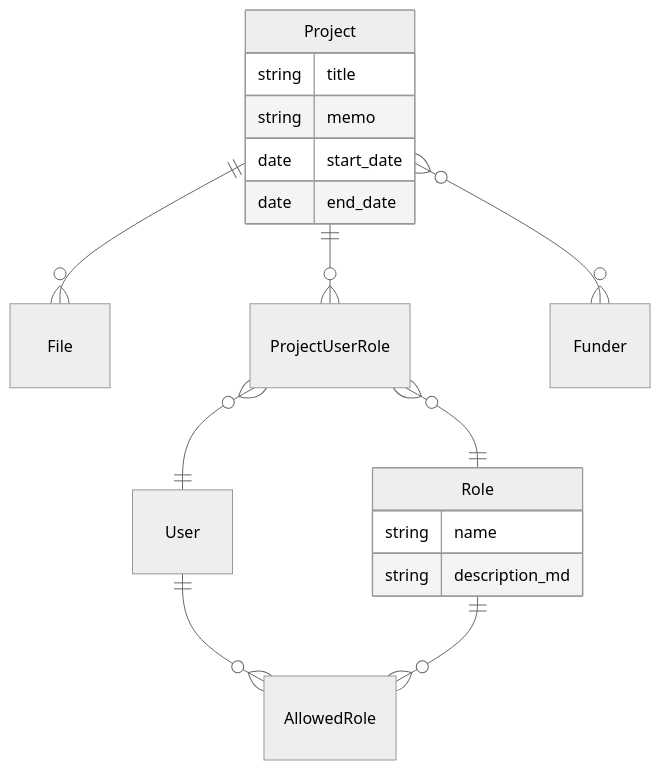
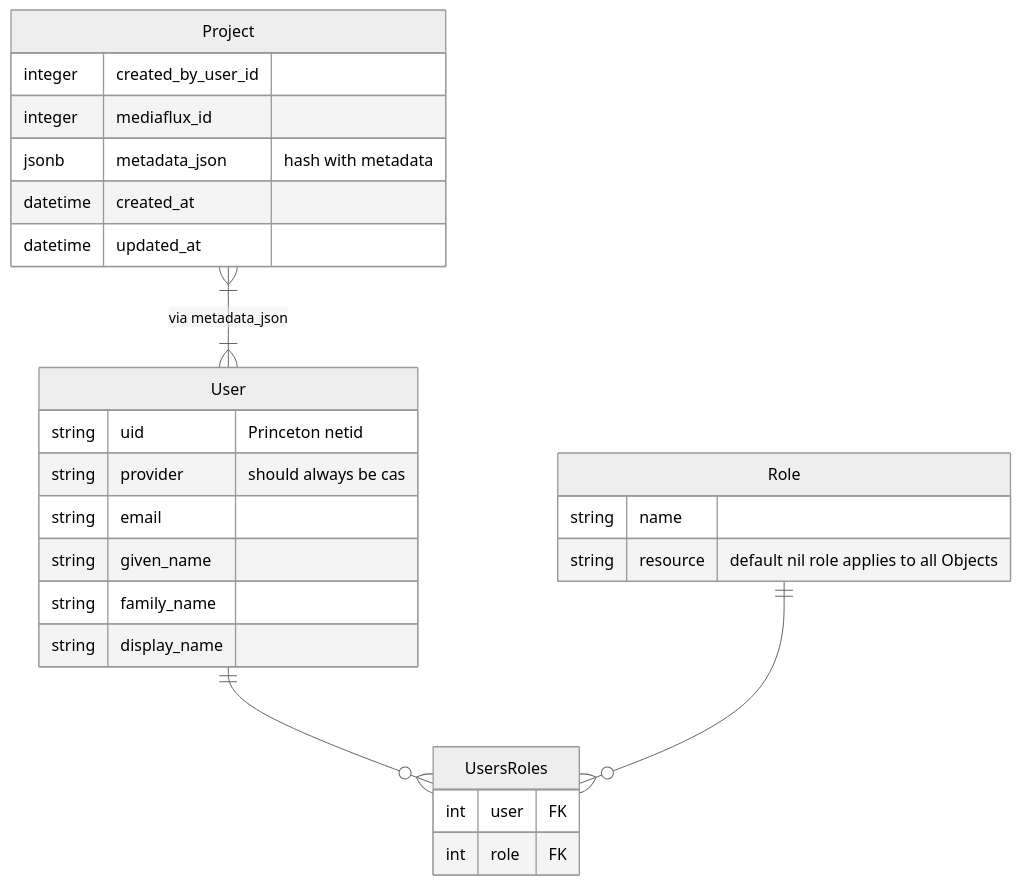
The first of 2 diagrams in README.md (pulibrary/tigerdata-app), drawn with Mermaid (neutral theme) before and after one commit. The commit also changed other lines of this file and 16 other files, not shown here.

First line of the commit message:
Adding Rolify to the system to allow us to define the role of project_sponsor Ran through the [rolify install instructions and generator](https://github.com/RolifyCommunity/rolify#installation) to produce most of this PR

````diff
--- a/README.md
+++ b/README.md
@@ -23,22 +25,34 @@
 ```mermaid
 erDiagram
-  Project ||--o{ File : ""
-  Project ||--o{ ProjectUserRole : ""
-  ProjectUserRole }o--|| User : ""
-  ProjectUserRole }o--|| Role : ""
-  Project }o--o{ Funder : ""
-  User ||--o{ AllowedRole : ""
-  Role ||--o{ AllowedRole :  ""
+  Project }|--|{ User : "via metadata_json"
+  User ||--o{ UsersRoles : ""
+  Role ||--o{ UsersRoles :  ""
 
   Project {
-    string title
-    string memo
-    date start_date
-    date end_date
+    integer created_by_user_id
+    integer mediaflux_id
+    jsonb metadata_json "hash with metadata"
+    datetime created_at
+    datetime updated_at
   }
 
   Role {
     string name
-    string description_md
+    string resource "default nil role applies to all Objects"
+  }
+
+  UsersRoles {
+    int user FK
+    int role FK
+  }
+
+  User {
+    string uid "Princeton netid"
+    string provider "should always be cas"
+    string email
+    string given_name
+    string family_name
+    string display_name
+
   }
 ```
````
